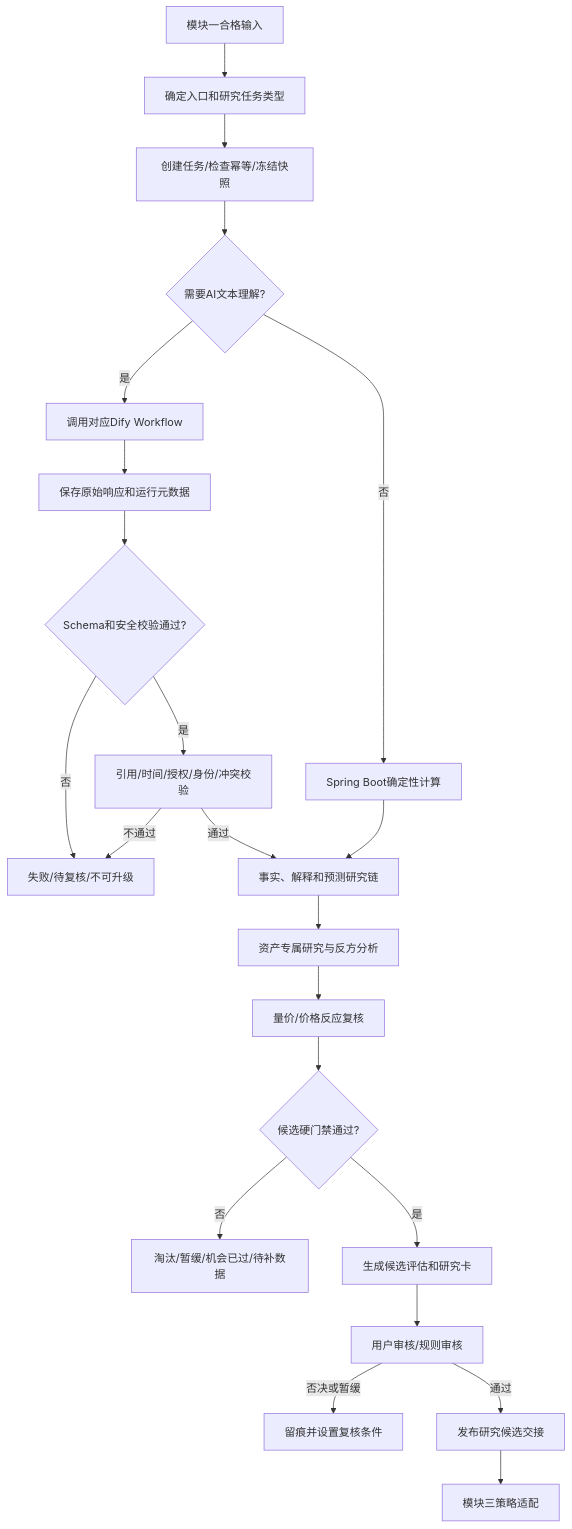
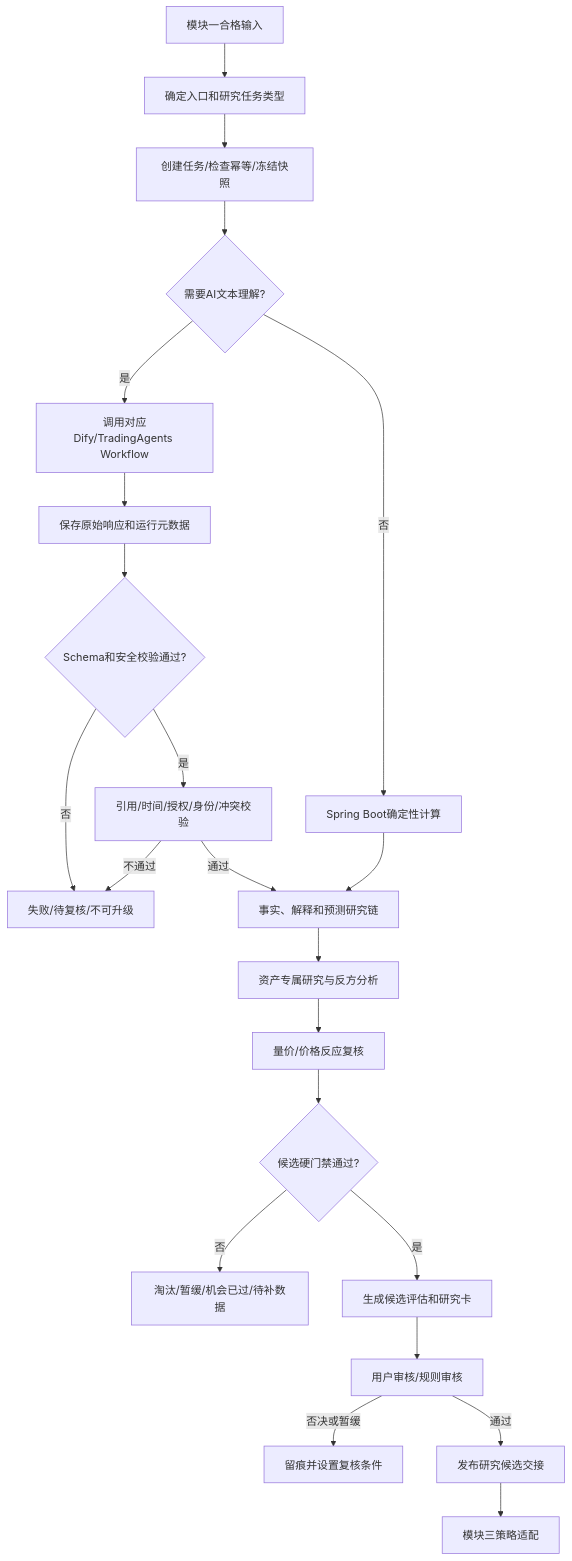
One commit to shaoqf2350/quant changed the second of 7 diagrams in doc/详设文档/详设_2_研究与候选发现详细设计方案.md. Above: the diagram before and after it, drawn with Mermaid. The commit also changed other lines of this file and 100 other files, not shown here.

````diff
--- a/doc/详设文档/详设_2_研究与候选发现详细设计方案.md
+++ b/doc/详设文档/详设_2_研究与候选发现详细设计方案.md
@@ -411,24 +420,24 @@
 ```mermaid
 flowchart TD
     A[模块一合格输入] --> B[确定入口和研究任务类型]
     B --> C[创建任务/检查幂等/冻结快照]
     C --> D{需要AI文本理解?}
-    D -->|是| E[调用对应Dify Workflow]
+    D -->|是| E[调用对应Dify/TradingAgents Workflow]
     D -->|否| F[Spring Boot确定性计算]
     E --> G[保存原始响应和运行元数据]
     G --> H{Schema和安全校验通过?}
     H -->|否| I[失败/待复核/不可升级]
     H -->|是| J[引用/时间/授权/身份/冲突校验]
     J -->|不通过| I
     J -->|通过| K[事实、解释和预测研究链]
     F --> K
     K --> L[资产专属研究与反方分析]
     L --> M[量价/价格反应复核]
     M --> N{候选硬门禁通过?}
     N -->|否| O[淘汰/暂缓/机会已过/待补数据]
     N -->|是| P[生成候选评估和研究卡]
     P --> Q[用户审核/规则审核]
     Q -->|否决或暂缓| R[留痕并设置复核条件]
     Q -->|通过| S[发布研究候选交接]
     S --> T[模块三策略适配]
 ```
````
